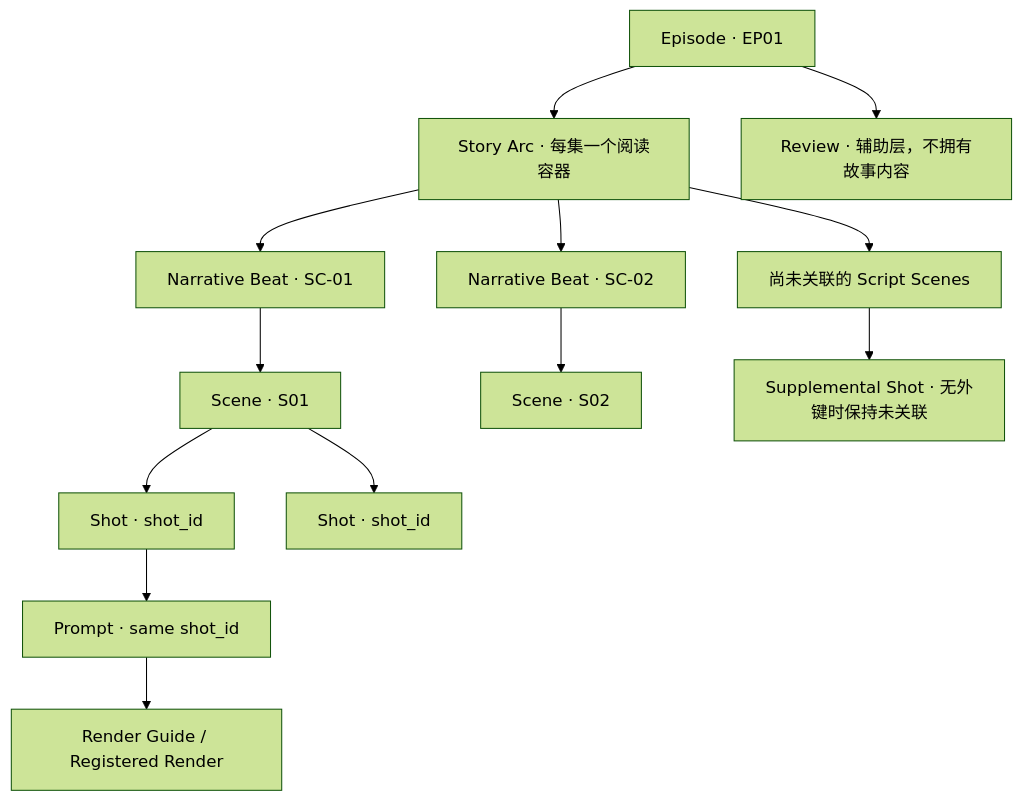
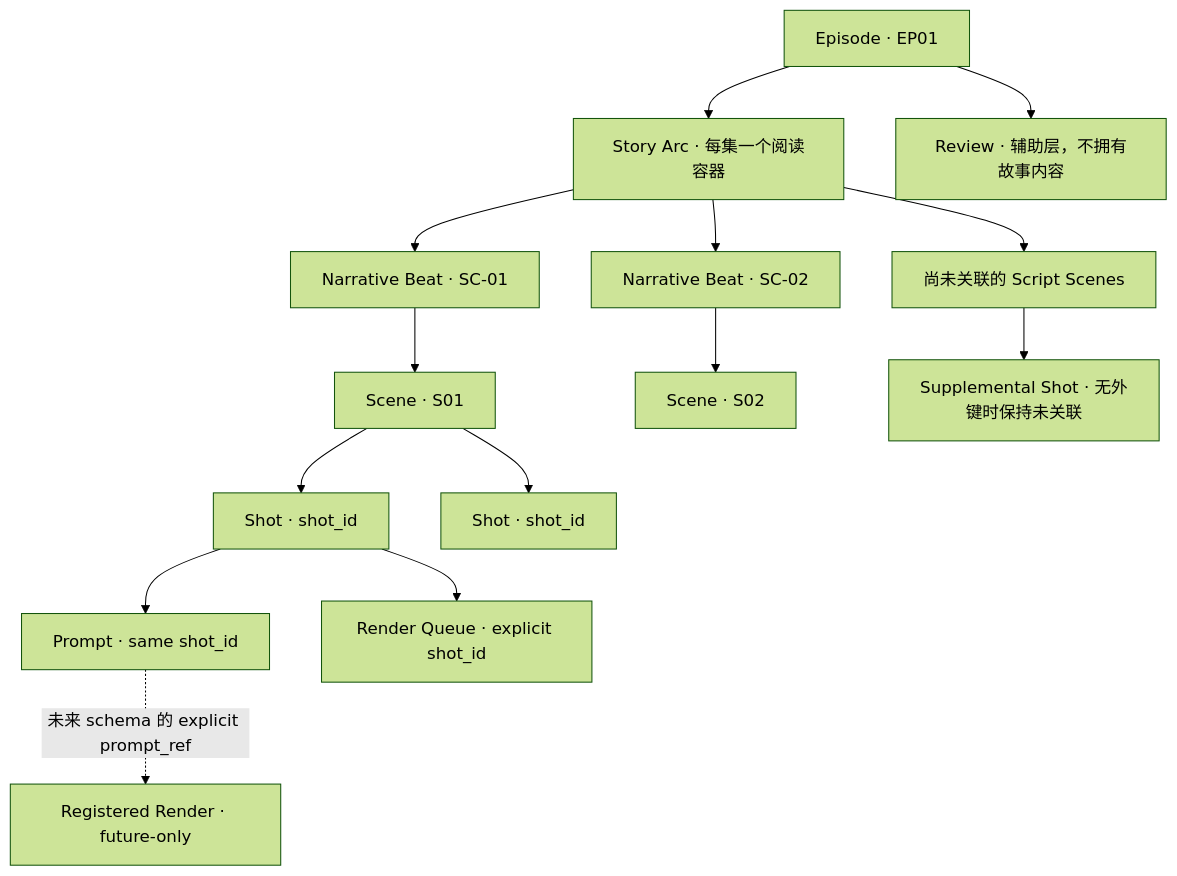
The third of 9 diagrams in docs/design/story-workspace/design_009_drama-forge-first-episode-storyline-storyboard-workbench.md (glide-the/im-dream), drawn with Mermaid (forest theme) before and after one commit. The commit also changed other lines of this file and 3 other files, not shown here.

````diff
--- a/docs/design/story-workspace/design_009_drama-forge-first-episode-storyline-storyboard-workbench.md
+++ b/docs/design/story-workspace/design_009_drama-forge-first-episode-storyline-storyboard-workbench.md
@@ -152,15 +209,16 @@
 ```mermaid
 flowchart TD
     E["Episode · EP01"] --> A["Story Arc · 每集一个阅读容器"]
     A --> B1["Narrative Beat · SC-01"]
     A --> B2["Narrative Beat · SC-02"]
     A --> UA["尚未关联的 Script Scenes"]
     B1 --> S1["Scene · S01"]
     B2 --> S2["Scene · S02"]
     S1 --> SH1["Shot · shot_id"]
     S1 --> SH2["Shot · shot_id"]
     UA --> SUP["Supplemental Shot · 无外键时保持未关联"]
     SH1 --> P1["Prompt · same shot_id"]
-    P1 --> R1["Render Guide / Registered Render"]
+    SH1 --> Q1["Render Queue · explicit shot_id"]
+    P1 -. "未来 schema 的 explicit prompt_ref" .-> R1["Registered Render · future-only"]
     E --> RV["Review · 辅助层，不拥有故事内容"]
 ```
````
